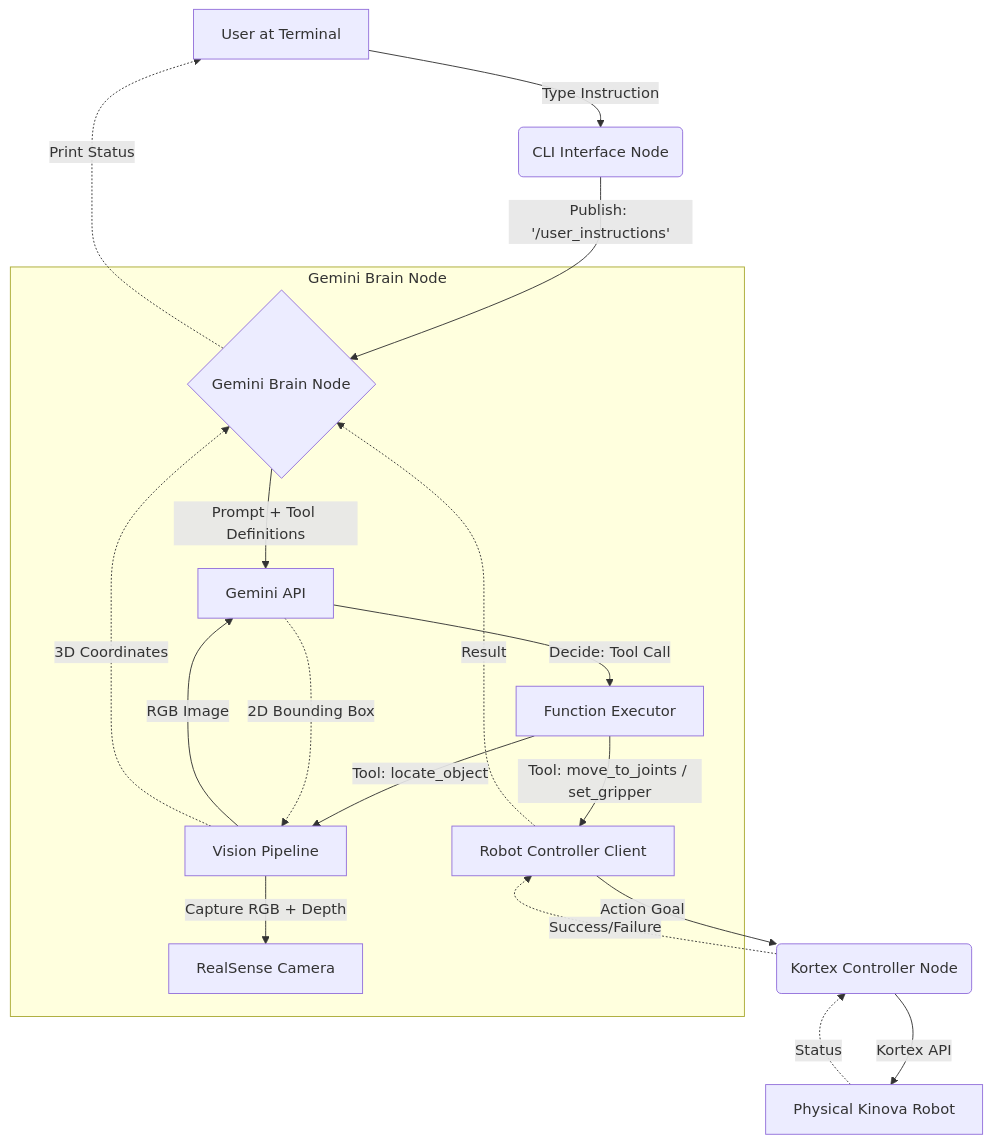
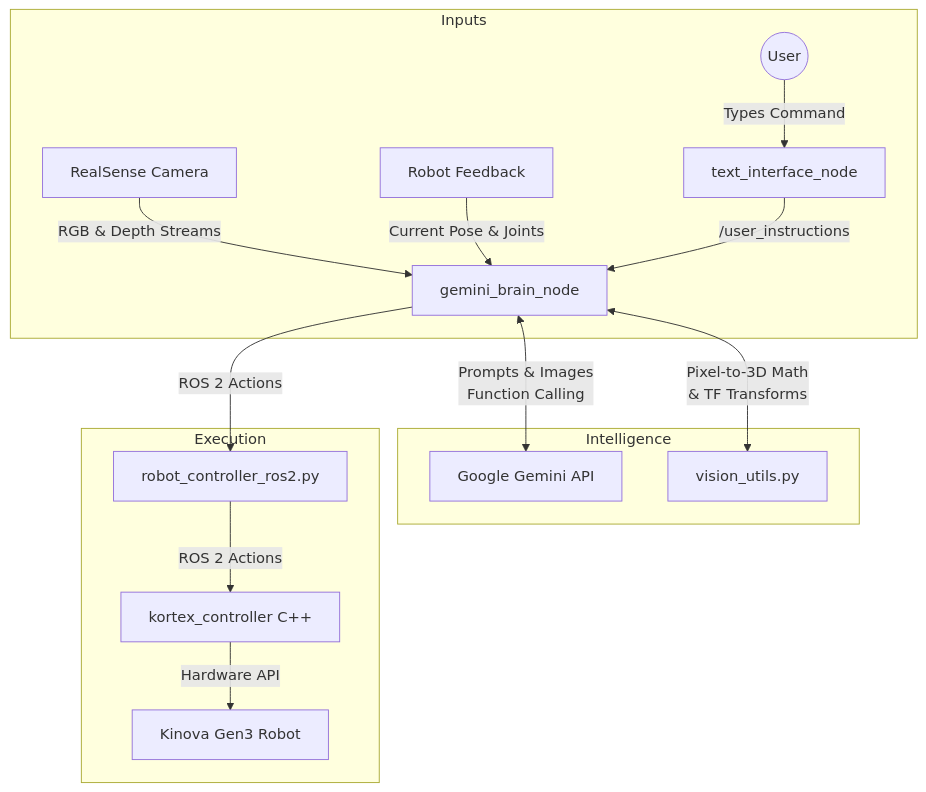
Before and after one commit to jakmilller/kinova-gemini: the diagram in architecture_plan.md, drawn with Mermaid. The commit also changed other lines of this file and 14 other files, not shown here.

````diff
--- a/architecture_plan.md
+++ b/architecture_plan.md
@@ -30,28 +31,20 @@
 ```mermaid
-    graph TD
-    User[User at Terminal] -->|Type Instruction| CLI(CLI Interface Node)
-    CLI -->|Publish: '/user_instructions'| Brain{Gemini Brain Node}
-    
-    subgraph "Gemini Brain Node"
-        Brain -->|Prompt + Tool Definitions| GeminiAPI[Gemini API]
-        GeminiAPI -->|Decide: Tool Call| Executor[Function Executor]
-        
-        %% Physical Action Branch
-        Executor -->|Tool: move_to_joints / set_gripper| Controller[Robot Controller Client]
-        
-        %% Vision Branch
-        Executor -->|Tool: locate_object| VisionOp[Vision Pipeline]
-        VisionOp -->|Capture RGB + Depth| RealSense[RealSense Camera]
-        VisionOp -->|RGB Image| GeminiAPI
-        GeminiAPI -.->|2D Bounding Box| VisionOp
-        VisionOp -.->|3D Coordinates| Brain
+graph TD
+    subgraph Inputs
+        User((User)) -->|Types Command| CLI[text_interface_node]
+        Camera[RealSense Camera] -->|RGB & Depth Streams| Brain[gemini_brain_node]
+        RobotState[Robot Feedback] -->|Current Pose & Joints| Brain
     end
 
-    Controller -->|Action Goal| Kortex(Kortex Controller Node)
-    Kortex -->|Kortex API| Robot[Physical Kinova Robot]
-    
-    Robot -.->|Status| Kortex
-    Kortex -.->|Success/Failure| Controller
-    Controller -.->|Result| Brain
-    Brain -.->|Print Status| User
+    subgraph Intelligence
+        CLI -->|/user_instructions| Brain
+        Brain <-->|Prompts & Images <br/> Function Calling| GeminiAPI[Google Gemini API]
+        Brain <-->|Pixel-to-3D Math <br/> & TF Transforms| Vision[vision_utils.py]
+    end
+
+    subgraph Execution
+        Brain -->|ROS 2 Actions| Client[robot_controller_ros2.py]
+        Client -->|ROS 2 Actions| Kortex[kortex_controller C++]
+        Kortex -->|Hardware API| Robot[Kinova Gen3 Robot]
+    end
 ```
````
